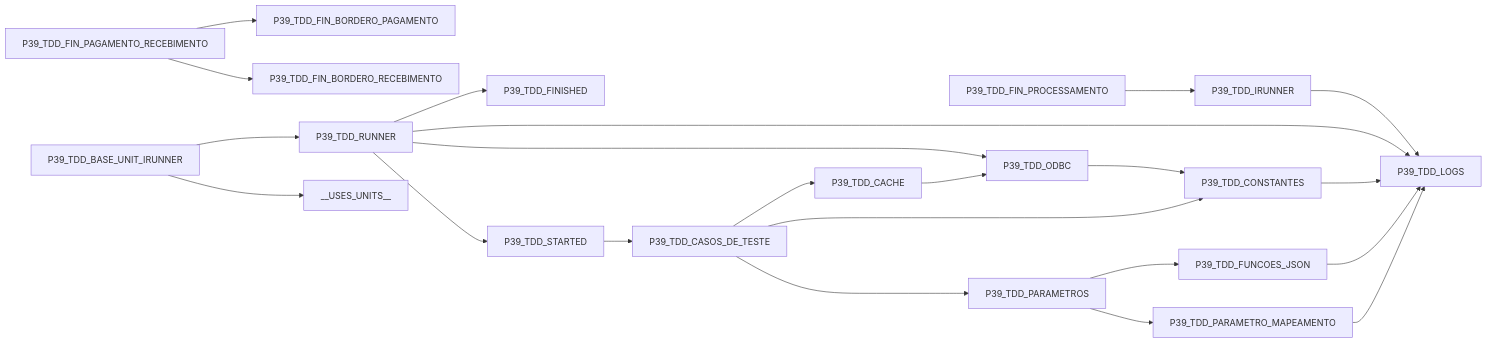
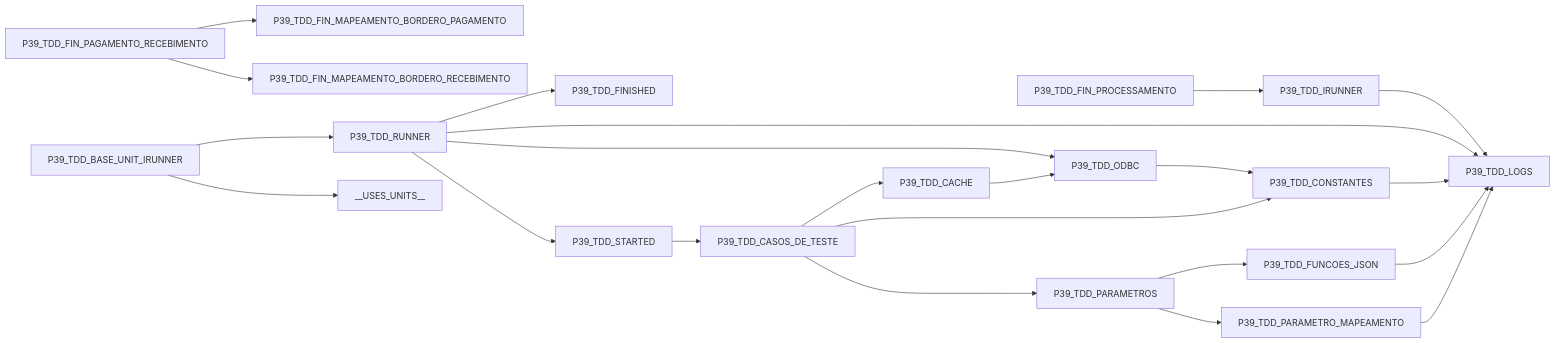
Before and after one commit to ModulosTestesAutomatizados/TestesAutomatizadosERP: the diagram in docs/MAPEAMENTO_AST_USES_UNITS/runner/P39_TDD_IRUNNER.md, drawn with Mermaid. The commit also changed 19 other files, not shown here.

````diff
--- a/docs/MAPEAMENTO_AST_USES_UNITS/runner/P39_TDD_IRUNNER.md
+++ b/docs/MAPEAMENTO_AST_USES_UNITS/runner/P39_TDD_IRUNNER.md
@@ -5,42 +5,42 @@
 ```mermaid
 flowchart LR
   P39_TDD_BASE_UNIT_IRUNNER["P39_TDD_BASE_UNIT_IRUNNER"]
   P39_TDD_CACHE["P39_TDD_CACHE"]
   P39_TDD_CASOS_DE_TESTE["P39_TDD_CASOS_DE_TESTE"]
   P39_TDD_CONSTANTES["P39_TDD_CONSTANTES"]
   P39_TDD_FINISHED["P39_TDD_FINISHED"]
-  P39_TDD_FIN_BORDERO_PAGAMENTO["P39_TDD_FIN_BORDERO_PAGAMENTO"]
-  P39_TDD_FIN_BORDERO_RECEBIMENTO["P39_TDD_FIN_BORDERO_RECEBIMENTO"]
+  P39_TDD_FIN_MAPEAMENTO_BORDERO_PAGAMENTO["P39_TDD_FIN_MAPEAMENTO_BORDERO_PAGAMENTO"]
+  P39_TDD_FIN_MAPEAMENTO_BORDERO_RECEBIMENTO["P39_TDD_FIN_MAPEAMENTO_BORDERO_RECEBIMENTO"]
   P39_TDD_FIN_PAGAMENTO_RECEBIMENTO["P39_TDD_FIN_PAGAMENTO_RECEBIMENTO"]
   P39_TDD_FIN_PROCESSAMENTO["P39_TDD_FIN_PROCESSAMENTO"]
   P39_TDD_FUNCOES_JSON["P39_TDD_FUNCOES_JSON"]
   P39_TDD_IRUNNER["P39_TDD_IRUNNER"]
   P39_TDD_LOGS["P39_TDD_LOGS"]
   P39_TDD_ODBC["P39_TDD_ODBC"]
   P39_TDD_PARAMETROS["P39_TDD_PARAMETROS"]
   P39_TDD_PARAMETRO_MAPEAMENTO["P39_TDD_PARAMETRO_MAPEAMENTO"]
   P39_TDD_RUNNER["P39_TDD_RUNNER"]
   P39_TDD_STARTED["P39_TDD_STARTED"]
   __USES_UNITS__["__USES_UNITS__"]
   P39_TDD_BASE_UNIT_IRUNNER --> P39_TDD_RUNNER
   P39_TDD_BASE_UNIT_IRUNNER --> __USES_UNITS__
   P39_TDD_CACHE --> P39_TDD_ODBC
   P39_TDD_CASOS_DE_TESTE --> P39_TDD_CACHE
   P39_TDD_CASOS_DE_TESTE --> P39_TDD_CONSTANTES
   P39_TDD_CASOS_DE_TESTE --> P39_TDD_PARAMETROS
   P39_TDD_CONSTANTES --> P39_TDD_LOGS
-  P39_TDD_FIN_PAGAMENTO_RECEBIMENTO --> P39_TDD_FIN_BORDERO_PAGAMENTO
-  P39_TDD_FIN_PAGAMENTO_RECEBIMENTO --> P39_TDD_FIN_BORDERO_RECEBIMENTO
+  P39_TDD_FIN_PAGAMENTO_RECEBIMENTO --> P39_TDD_FIN_MAPEAMENTO_BORDERO_PAGAMENTO
+  P39_TDD_FIN_PAGAMENTO_RECEBIMENTO --> P39_TDD_FIN_MAPEAMENTO_BORDERO_RECEBIMENTO
   P39_TDD_FIN_PROCESSAMENTO --> P39_TDD_IRUNNER
   P39_TDD_FUNCOES_JSON --> P39_TDD_LOGS
   P39_TDD_IRUNNER --> P39_TDD_LOGS
   P39_TDD_ODBC --> P39_TDD_CONSTANTES
   P39_TDD_PARAMETROS --> P39_TDD_FUNCOES_JSON
   P39_TDD_PARAMETROS --> P39_TDD_PARAMETRO_MAPEAMENTO
   P39_TDD_PARAMETRO_MAPEAMENTO --> P39_TDD_LOGS
   P39_TDD_RUNNER --> P39_TDD_FINISHED
   P39_TDD_RUNNER --> P39_TDD_LOGS
   P39_TDD_RUNNER --> P39_TDD_ODBC
   P39_TDD_RUNNER --> P39_TDD_STARTED
   P39_TDD_STARTED --> P39_TDD_CASOS_DE_TESTE
 ```
````
